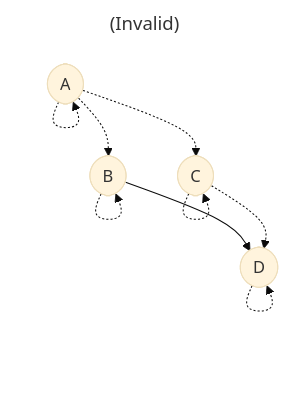
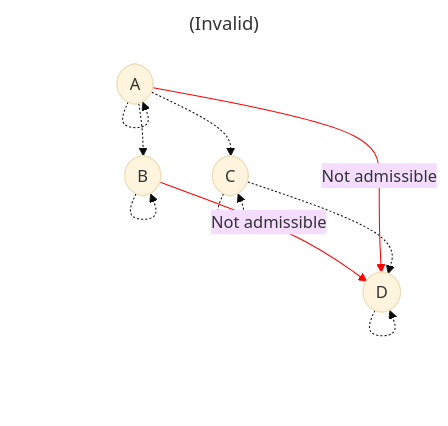
Before and after one commit to stepchowfun/proofs: the seventh of 9 diagrams in proofs/AdmissibilityGraph/README.md, drawn with Mermaid (base theme). The commit also changed other lines of this file, not shown here.

Commit message:
Replace the examples in the admissibility graph development

````diff
--- a/proofs/AdmissibilityGraph/README.md
+++ b/proofs/AdmissibilityGraph/README.md
@@ -260,20 +163,25 @@
 ```mermaid
 ---
 title: (Invalid)
 ---
 flowchart TD
   a([A])
   b([B])
   c([C])
   d([D])
 
   a -.-> a
   b -.-> b
   c -.-> c
   d -.-> d
+
   a -.-> b
   a -.-> c
   c -.-> d
 
-  b --> d
+  a -->|Not admissible| d
+  b -->|Not admissible| d
+
+  linkStyle 7 stroke:red
+  linkStyle 8 stroke:red
 ```
````
